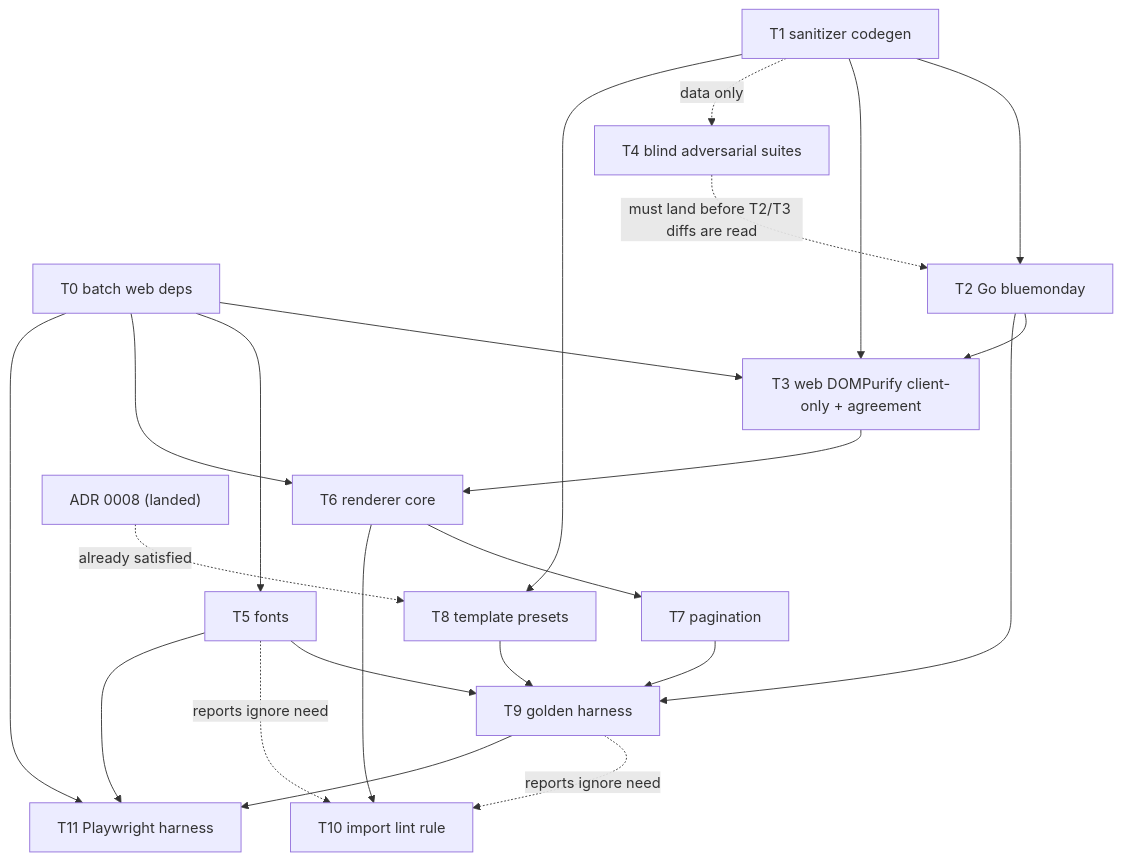
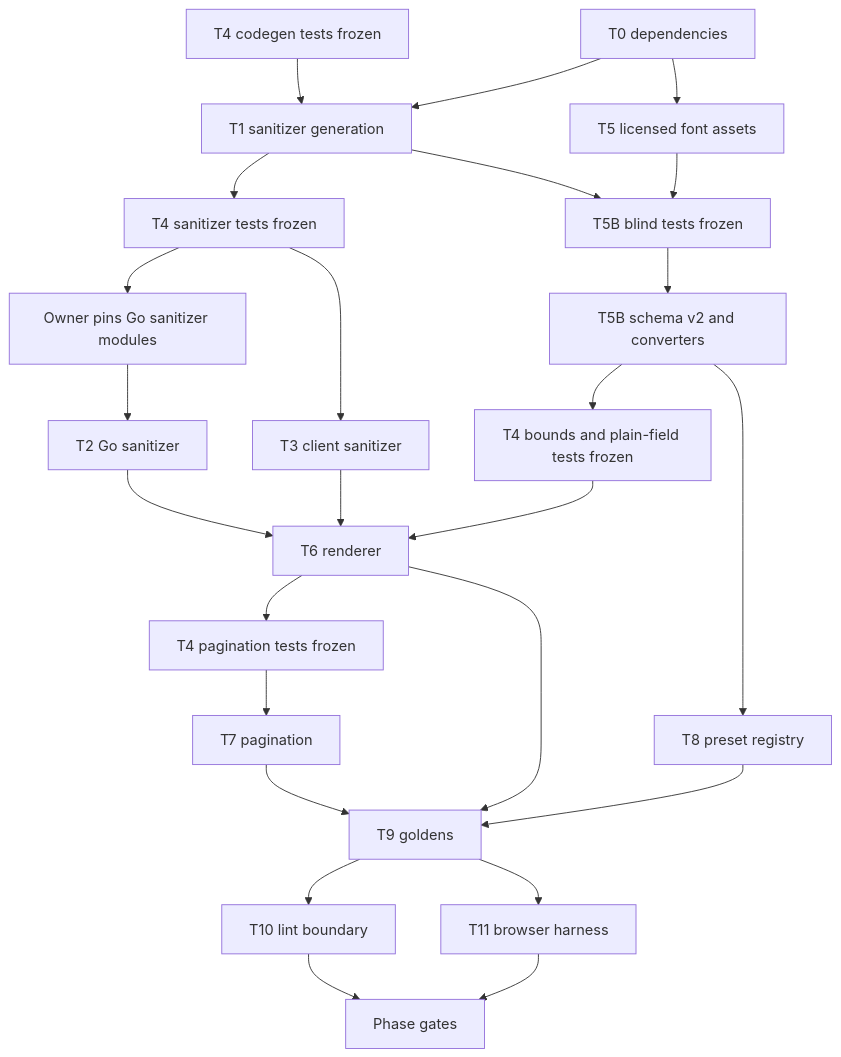
The diagram in docs/plans/phase-3/README.md (dannyota/aboutme), drawn with Mermaid before and after one commit. The commit also changed other lines of this file and 282 other files, not shown here.

````diff
--- a/docs/plans/phase-3/README.md
+++ b/docs/plans/phase-3/README.md
@@ -252,25 +75,27 @@
 ```mermaid
 graph TD
-    T0[T0 batch web deps] --> T3[T3 web DOMPurify client-only + agreement]
-    T0 --> T5[T5 fonts]
-    T0 --> T6[T6 renderer core]
-    T0 --> T11[T11 Playwright harness]
-    T1[T1 sanitizer codegen] --> T2[T2 Go bluemonday]
-    T1 --> T3
-    T1 -.data only.-> T4[T4 blind adversarial suites]
-    T2 --> T3
-    ADR["ADR 0008 (landed)"] -.already satisfied.-> T8[T8 template presets]
-    T1 --> T8
-    T5 --> T9[T9 golden harness]
-    T6 --> T7[T7 pagination]
+    T4C[T4 codegen tests frozen] --> T1[T1 sanitizer generation]
+    T0[T0 dependencies] --> T1
+    T1 --> T4S[T4 sanitizer tests frozen]
+    T4S --> GM[Owner pins Go sanitizer modules]
+    GM --> T2[T2 Go sanitizer]
+    T4S --> T3[T3 client sanitizer]
+    T0 --> T5[T5 licensed font assets]
+    T1 --> T4V[T5B blind tests frozen]
+    T5 --> T4V
+    T4V --> T5B[T5B schema v2 and converters]
+    T5B --> T4R[T4 bounds and plain-field tests frozen]
+    T4R --> T6[T6 renderer]
     T3 --> T6
-    T6 --> T10[T10 import lint rule]
-    T5 -.reports ignore need.-> T10
-    T9 -.reports ignore need.-> T10
+    T2 --> T6
+    T6 --> T4P[T4 pagination tests frozen]
+    T4P --> T7[T7 pagination]
+    T5B --> T8[T8 preset registry]
+    T6 --> T9[T9 goldens]
     T7 --> T9
     T8 --> T9
-    T2 --> T9
-    T9 --> T11
-    T5 --> T11
-    T4 -. must land before T2/T3 diffs are read .-> T2
+    T9 --> T10[T10 lint boundary]
+    T9 --> T11[T11 browser harness]
+    T10 --> G[Phase gates]
+    T11 --> G
 ```
````
